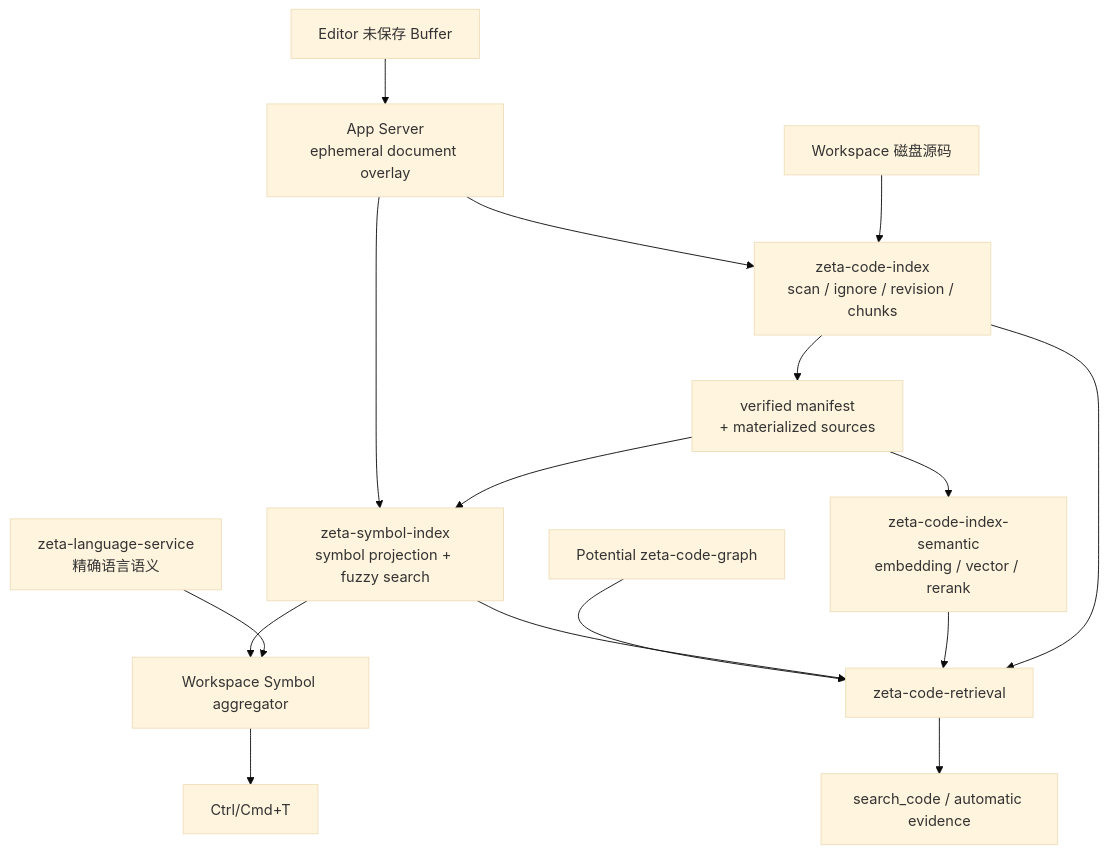
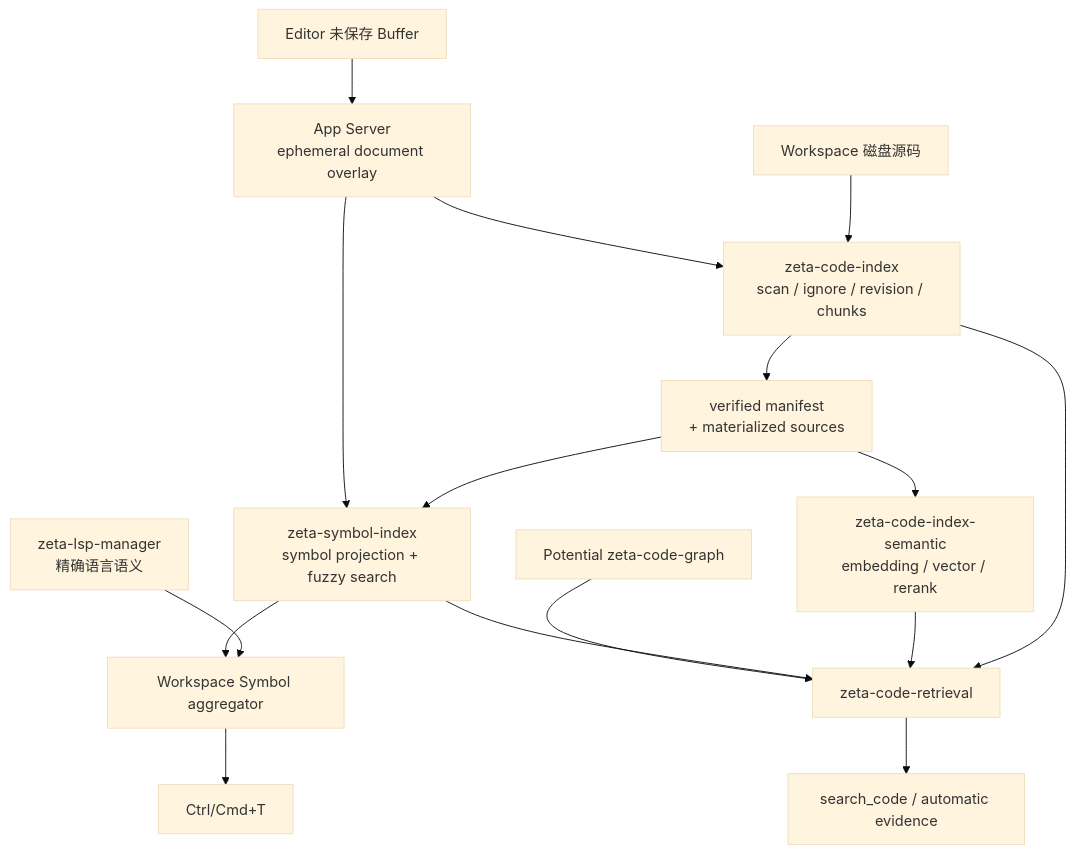
One commit to chogng/zeta changed the diagram in docs/code-intelligence.md. Above: the diagram before and after it, drawn with Mermaid (base theme). The commit also changed other lines of this file and 79 other files, not shown here.

First line of the commit message:
refactor(lsp): reorganize language server ownership

````diff
--- a/docs/code-intelligence.md
+++ b/docs/code-intelligence.md
@@ -81,21 +81,21 @@
 ```mermaid
 flowchart TD
     Disk["Workspace 磁盘源码"] --> Index["zeta-code-index<br/>scan / ignore / revision / chunks"]
     Index --> Sources["verified manifest<br/>+ materialized sources"]
     Sources --> Symbols["zeta-symbol-index<br/>symbol projection + fuzzy search"]
     Sources --> Semantic["zeta-code-index-semantic<br/>embedding / vector / rerank"]
 
     Buffer["Editor 未保存 Buffer"] --> Overlay["App Server<br/>ephemeral document overlay"]
     Overlay --> Index
     Overlay --> Symbols
 
-    Lsp["zeta-language-service<br/>精确语言语义"] --> WorkspaceSymbols["Workspace Symbol aggregator"]
+    Lsp["zeta-lsp-manager<br/>精确语言语义"] --> WorkspaceSymbols["Workspace Symbol aggregator"]
     Symbols --> WorkspaceSymbols
     WorkspaceSymbols --> UI["Ctrl/Cmd+T"]
 
     Index --> Retrieval["zeta-code-retrieval"]
     Semantic --> Retrieval
     Symbols --> Retrieval
     Graph["Potential zeta-code-graph"] --> Retrieval
     Retrieval --> Agent["search_code / automatic evidence"]
 ```
````
